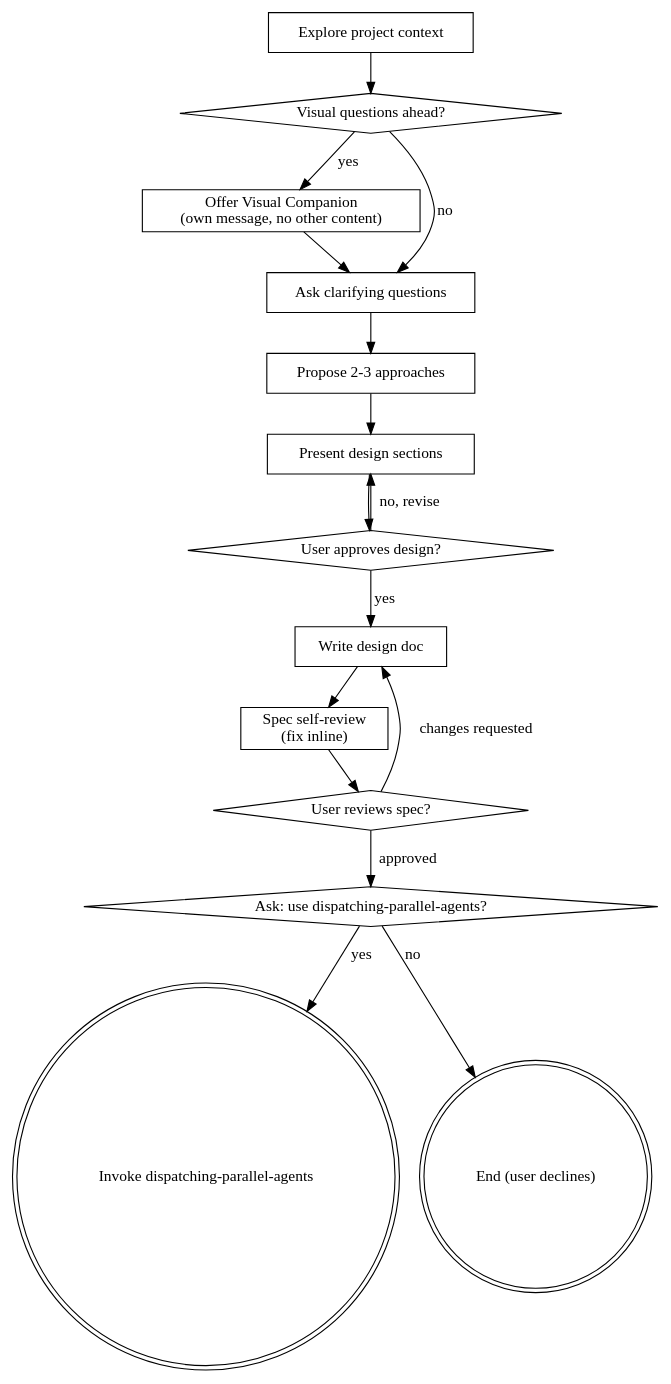
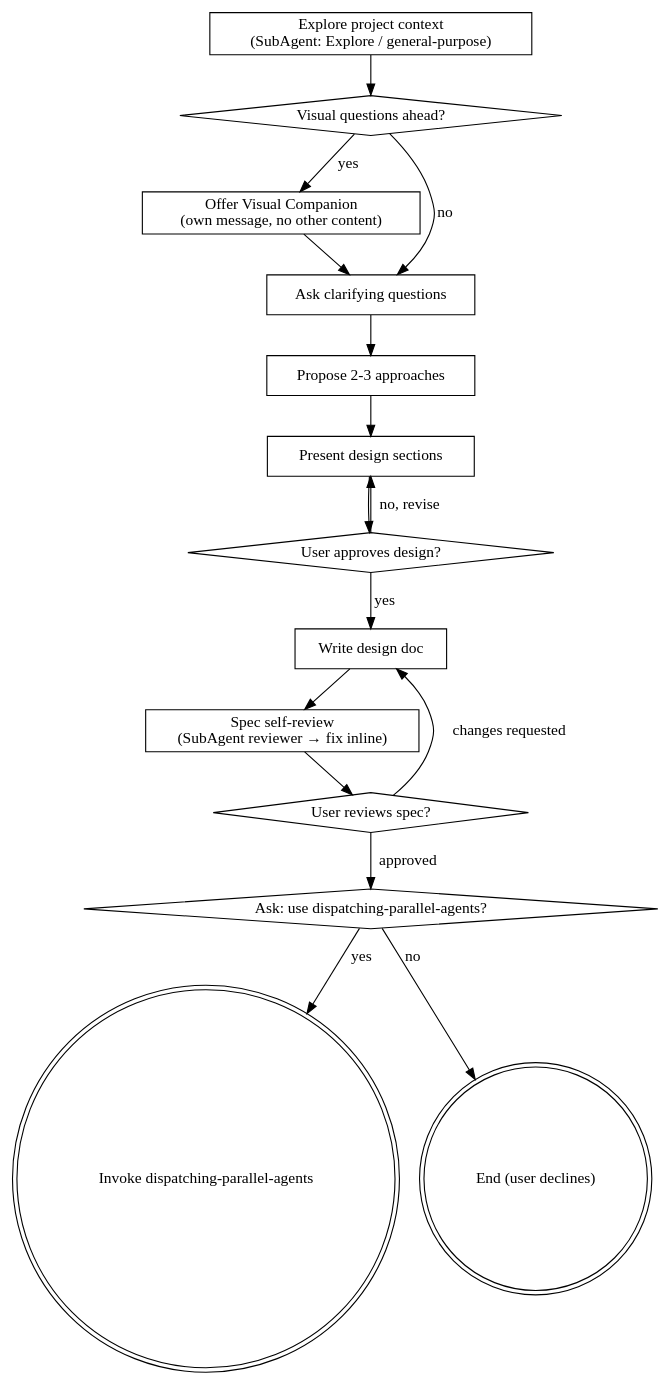
Before and after one commit to dark789g-ux/cryptotrading: the diagram in .claude/skills/brainstorming/SKILL.md, drawn with Graphviz. The commit also changed other lines of this file and 4 other files, not shown here.

````diff
--- a/.claude/skills/brainstorming/SKILL.md
+++ b/.claude/skills/brainstorming/SKILL.md
@@ -36,33 +36,33 @@
 ```dot
 digraph brainstorming {
-    "Explore project context" [shape=box];
+    "Explore project context\n(SubAgent: Explore / general-purpose)" [shape=box];
     "Visual questions ahead?" [shape=diamond];
     "Offer Visual Companion\n(own message, no other content)" [shape=box];
     "Ask clarifying questions" [shape=box];
     "Propose 2-3 approaches" [shape=box];
     "Present design sections" [shape=box];
     "User approves design?" [shape=diamond];
     "Write design doc" [shape=box];
-    "Spec self-review\n(fix inline)" [shape=box];
+    "Spec self-review\n(SubAgent reviewer → fix inline)" [shape=box];
     "User reviews spec?" [shape=diamond];
     "Ask: use dispatching-parallel-agents?" [shape=diamond];
     "Invoke dispatching-parallel-agents" [shape=doublecircle];
     "End (user declines)" [shape=doublecircle];
 
-    "Explore project context" -> "Visual questions ahead?";
+    "Explore project context\n(SubAgent: Explore / general-purpose)" -> "Visual questions ahead?";
     "Visual questions ahead?" -> "Offer Visual Companion\n(own message, no other content)" [label="yes"];
     "Visual questions ahead?" -> "Ask clarifying questions" [label="no"];
     "Offer Visual Companion\n(own message, no other content)" -> "Ask clarifying questions";
     "Ask clarifying questions" -> "Propose 2-3 approaches";
     "Propose 2-3 approaches" -> "Present design sections";
     "Present design sections" -> "User approves design?";
     "User approves design?" -> "Present design sections" [label="no, revise"];
     "User approves design?" -> "Write design doc" [label="yes"];
-    "Write design doc" -> "Spec self-review\n(fix inline)";
-    "Spec self-review\n(fix inline)" -> "User reviews spec?";
+    "Write design doc" -> "Spec self-review\n(SubAgent reviewer → fix inline)";
+    "Spec self-review\n(SubAgent reviewer → fix inline)" -> "User reviews spec?";
     "User reviews spec?" -> "Write design doc" [label="changes requested"];
     "User reviews spec?" -> "Ask: use dispatching-parallel-agents?" [label="approved"];
     "Ask: use dispatching-parallel-agents?" -> "Invoke dispatching-parallel-agents" [label="yes"];
     "Ask: use dispatching-parallel-agents?" -> "End (user declines)" [label="no"];
 }
 ```
````
